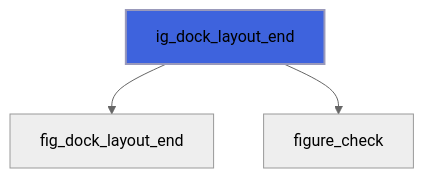
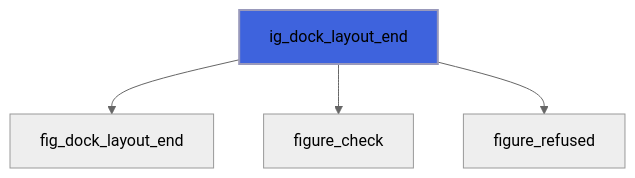
One commit to szaghi/figure changed the fifth of 9 diagrams in docs/api/src/lib/figure_dock.md. Above: the diagram before and after it, drawn with Mermaid (neutral theme). The commit also changed other lines of this file and 10 other files, not shown here.

````diff
--- a/docs/api/src/lib/figure_dock.md
+++ b/docs/api/src/lib/figure_dock.md
@@ -159,6 +169,7 @@
 ```mermaid
 flowchart TD
   ig_dock_layout_end["ig_dock_layout_end"] --> fig_dock_layout_end["fig_dock_layout_end"]
   ig_dock_layout_end["ig_dock_layout_end"] --> figure_check["figure_check"]
+  ig_dock_layout_end["ig_dock_layout_end"] --> figure_refused["figure_refused"]
   style ig_dock_layout_end fill:#3e63dd,stroke:#99b,stroke-width:2px
 ```
````
